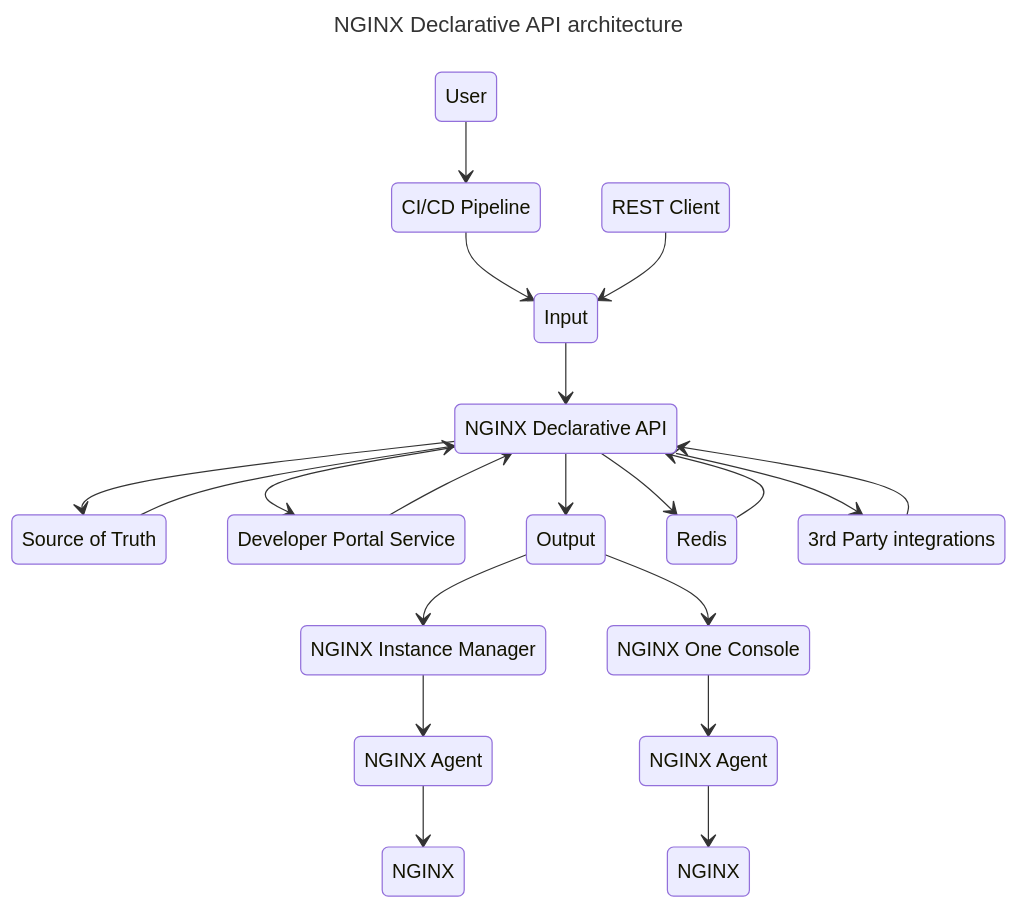
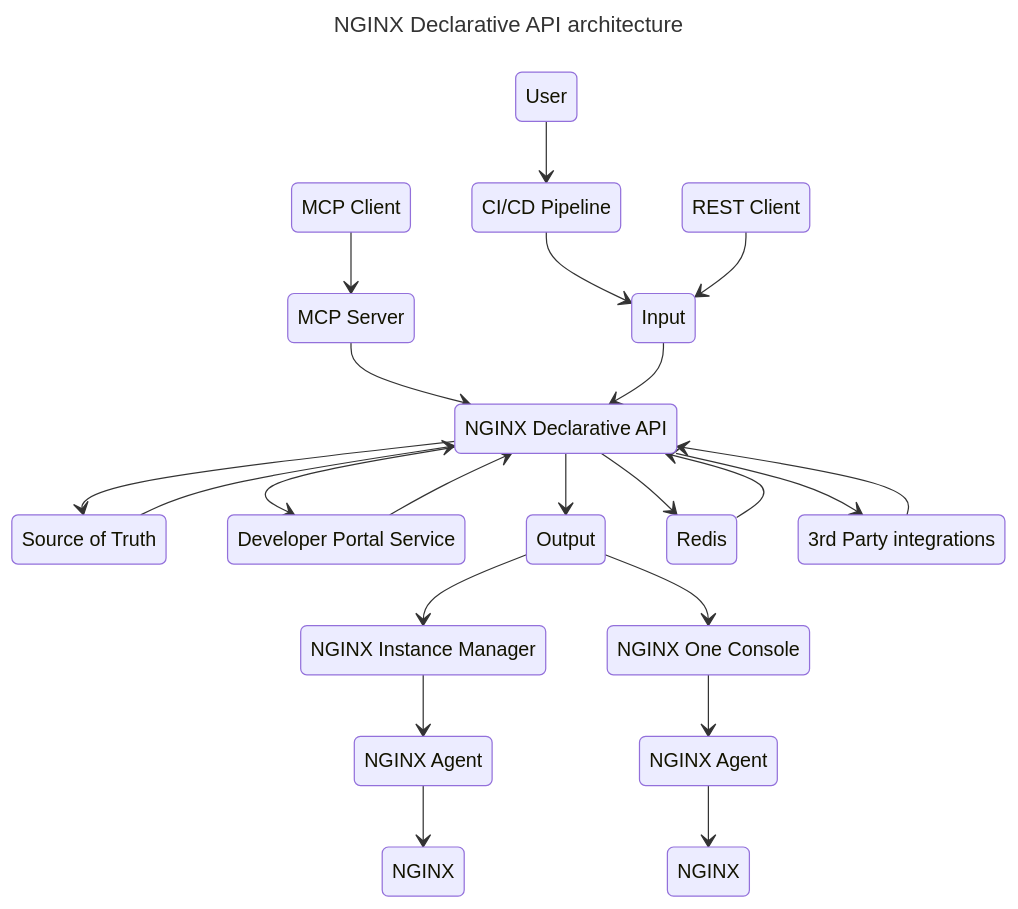
One commit to f5devcentral/NGINX-Declarative-API changed the first of 3 diagrams in README.md. Above: the diagram before and after it, drawn with Mermaid.

Commit message:
README updated

````diff
--- a/README.md
+++ b/README.md
@@ -59,42 +59,46 @@
 ```mermaid
 ---
 title: NGINX Declarative API architecture
 ---
 stateDiagram-v2
     DevOps: User
     Client: REST Client
     Pipeline: CI/CD Pipeline
     NIM: NGINX Instance Manager
     N1: NGINX One Console
     AGENT1: NGINX Agent
     NGINX1: NGINX
     AGENT2: NGINX Agent
     NGINX2: NGINX
     INPUT: Input
     SOT: Source of Truth
     NDAPI: NGINX Declarative API
     DEVP: Developer Portal Service
     OUTPUT: Output
     REDIS: Redis
     3RDPARTY: 3rd Party integrations
+    MCP: MCP Server
+    MCPC: MCP Client
 
+    MCPC --> MCP
+    MCP --> NDAPI
     DevOps --> Pipeline
     Pipeline --> INPUT
     Client --> INPUT
     INPUT --> NDAPI
     NDAPI --> OUTPUT
     NDAPI --> SOT
     SOT --> NDAPI
     NDAPI --> 3RDPARTY
     3RDPARTY --> NDAPI
     NDAPI --> REDIS
     REDIS --> NDAPI
     OUTPUT --> NIM
     OUTPUT --> N1
     NDAPI --> DEVP
     DEVP --> NDAPI
     NIM --> AGENT1
     AGENT1 --> NGINX1
     N1 --> AGENT2
     AGENT2 --> NGINX2
 ```
````
